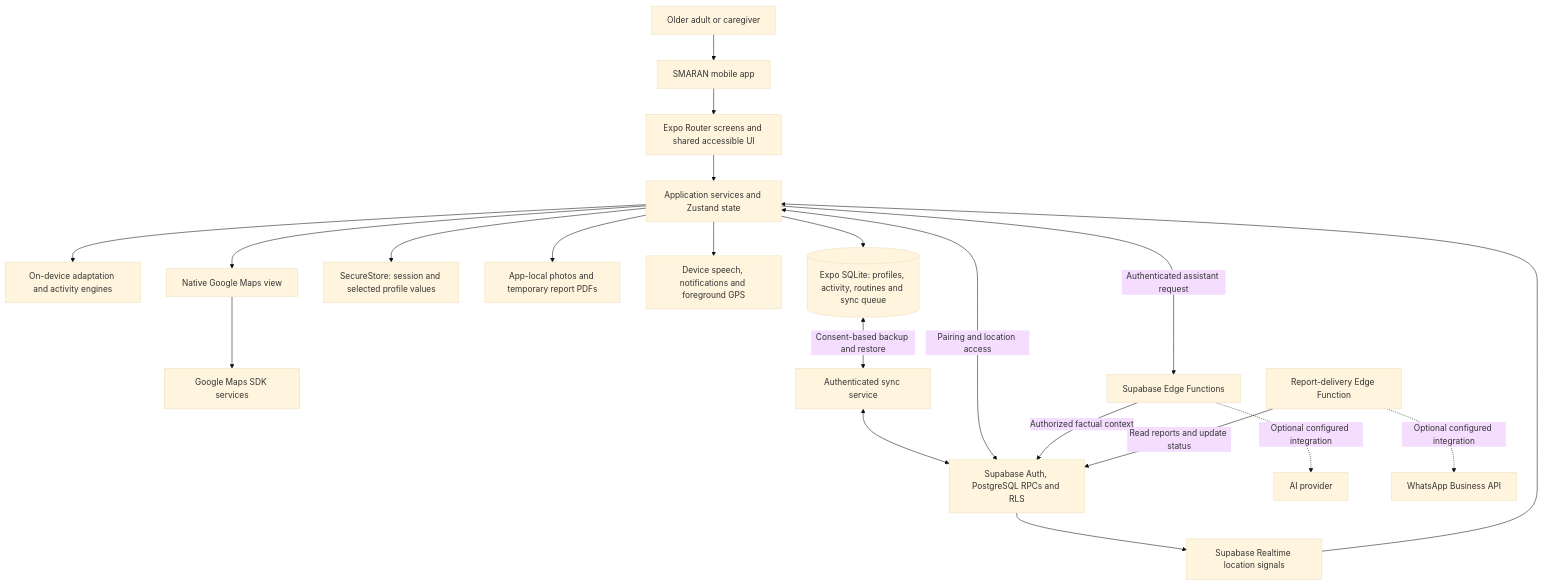
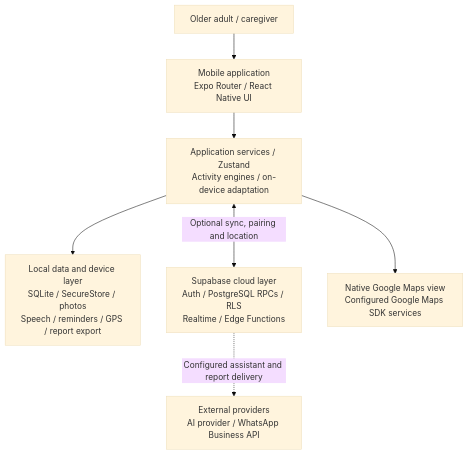
The second of 2 diagrams in README.md (AlgoArchitect12/SIH26003-TEAM-ID-130029-SMARAN), drawn with Mermaid (base theme) before and after one commit. The commit also changed other lines of this file and 1 other file, not shown here.

Commit message:
docs: elevate SMARAN for SIH presentation

````diff
--- a/README.md
+++ b/README.md
@@ -60,23 +158,9 @@
 ```mermaid
-flowchart TD
-    U[Older adult or caregiver] --> APP[SMARAN mobile app]
-    APP --> UI[Expo Router screens and shared accessible UI]
-    UI --> S[Application services and Zustand state]
-    S --> AI[On-device adaptation and activity engines]
-    S --> DB[(Expo SQLite: profiles, activity, routines and sync queue)]
-    S --> SEC[SecureStore: session and selected profile values]
-    S --> FILES[App-local photos and temporary report PDFs]
-    S --> DEVICE[Device speech, notifications and foreground GPS]
-    S --> MAP[Native Google Maps view]
-    MAP --> MAPS[Google Maps SDK services]
-    DB <-->|Consent-based backup and restore| SYNC[Authenticated sync service]
-    SYNC <--> CLOUD[Supabase Auth, PostgreSQL RPCs and RLS]
-    S <-->|Pairing and location access| CLOUD
-    CLOUD --> RT[Supabase Realtime location signals]
-    RT --> S
-    S -->|Authenticated assistant request| EDGE[Supabase Edge Functions]
-    EDGE -->|Authorized factual context| CLOUD
-    EDGE -. Optional configured integration .-> PROVIDER[AI provider]
-    DELIVERY[Report-delivery Edge Function] -->|Read reports and update status| CLOUD
-    DELIVERY -. Optional configured integration .-> WA[WhatsApp Business API]
+flowchart TB
+    U[Older adult / caregiver] --> APP[Mobile application<br/>Expo Router / React Native UI]
+    APP --> S[Application services / Zustand<br/>Activity engines / on-device adaptation]
+    S --> LOCAL[Local data and device layer<br/>SQLite / SecureStore / photos<br/>Speech / reminders / GPS / report export]
+    S <-->|Optional sync, pairing and location| CLOUD[Supabase cloud layer<br/>Auth / PostgreSQL RPCs / RLS<br/>Realtime / Edge Functions]
+    S --> MAP[Native Google Maps view<br/>Configured Google Maps SDK services]
+    CLOUD -. Configured assistant and report delivery .-> PROVIDERS[External providers<br/>AI provider / WhatsApp Business API]
 ```
````
